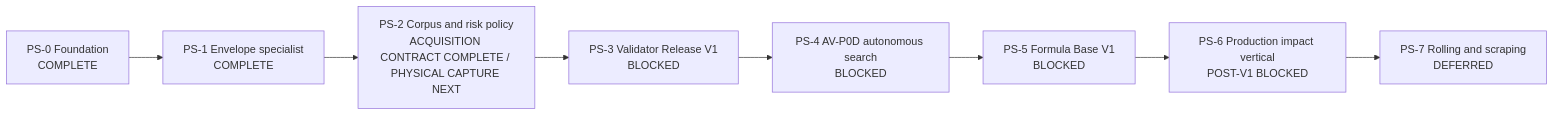
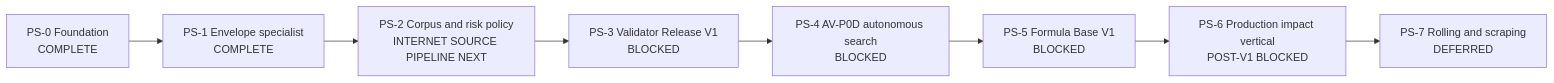
Before and after one commit to kaifaty/NextEngine: the diagram in docs/plans/physical-sound-synthesis-roadmap.md, drawn with Mermaid. The commit also changed other lines of this file and 8 other files, not shown here.

````diff
--- a/docs/plans/physical-sound-synthesis-roadmap.md
+++ b/docs/plans/physical-sound-synthesis-roadmap.md
@@ -91,10 +94,10 @@
 ```mermaid
 flowchart LR
     PS0["PS-0 Foundation<br/>COMPLETE"] --> PS1["PS-1 Envelope specialist<br/>COMPLETE"]
-    PS1 --> PS2["PS-2 Corpus and risk policy<br/>ACQUISITION CONTRACT COMPLETE / PHYSICAL CAPTURE NEXT"]
+    PS1 --> PS2["PS-2 Corpus and risk policy<br/>INTERNET SOURCE PIPELINE NEXT"]
     PS2 --> PS3["PS-3 Validator Release V1<br/>BLOCKED"]
     PS3 --> PS4["PS-4 AV-P0D autonomous search<br/>BLOCKED"]
     PS4 --> PS5["PS-5 Formula Base V1<br/>BLOCKED"]
     PS5 --> PS6["PS-6 Production impact vertical<br/>POST-V1 BLOCKED"]
     PS6 --> PS7["PS-7 Rolling and scraping<br/>DEFERRED"]
 ```
````
